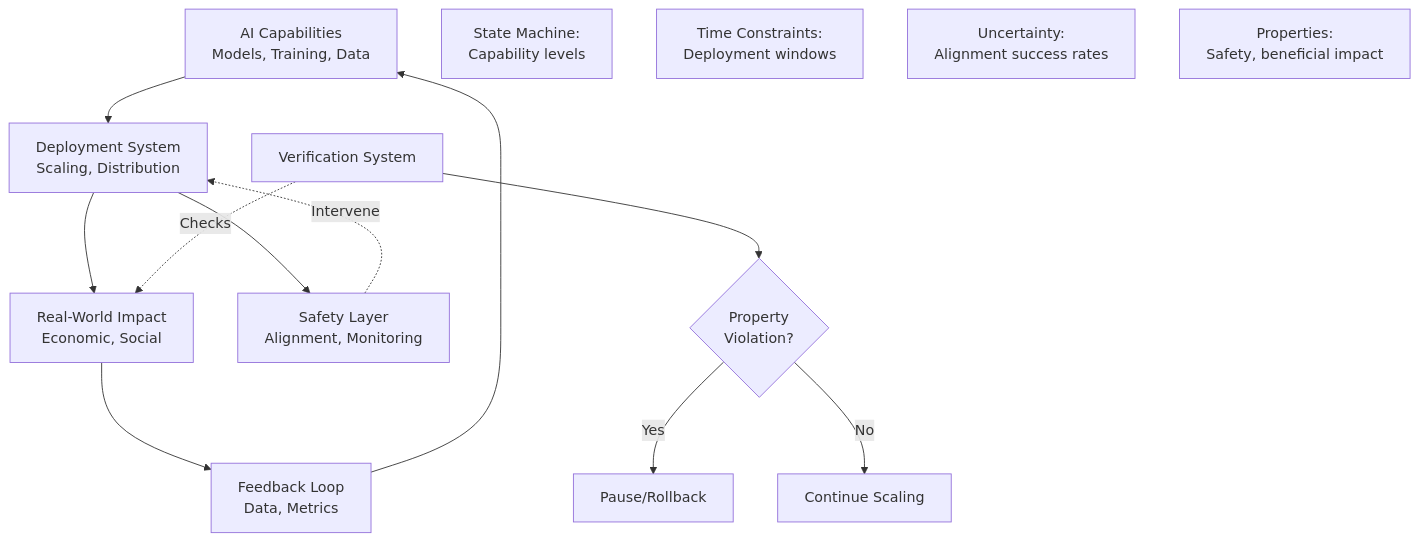
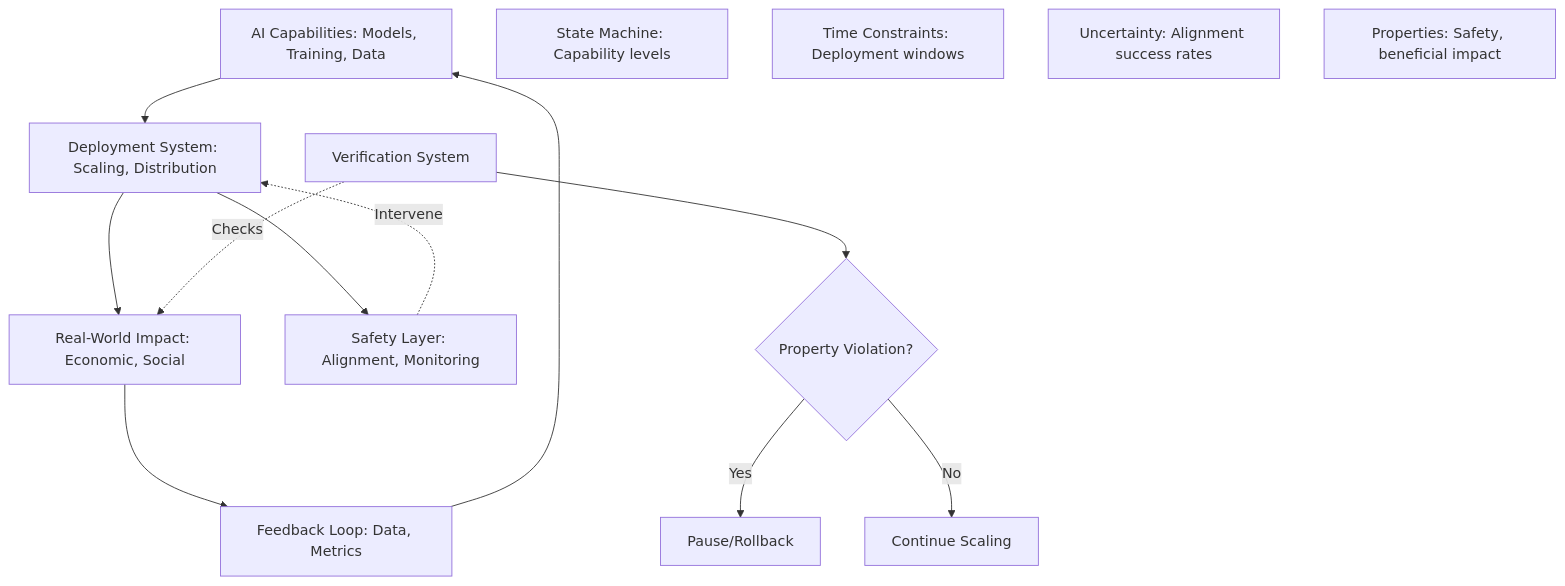
Before and after one commit to bhi5hmaraj/ai-risk-ttx: diagram 13 of 13 in research/ai_futures/eli/engineering_graduate.md, drawn with Mermaid. The commit also changed other lines of this file and 8 other files, not shown here.

First line of the commit message:
fix: Remove all <br/> tags from Mermaid diagrams and add validation

````diff
--- a/research/ai_futures/eli/engineering_graduate.md
+++ b/research/ai_futures/eli/engineering_graduate.md
@@ -521,21 +521,21 @@
 ```mermaid
 flowchart TD
-    Capabilities[AI Capabilities<br/>Models, Training, Data]
-    --> Deployment[Deployment System<br/>Scaling, Distribution]
-    --> Impact[Real-World Impact<br/>Economic, Social]
-    --> Feedback[Feedback Loop<br/>Data, Metrics]
+    Capabilities[AI Capabilities: Models, Training, Data]
+    --> Deployment[Deployment System: Scaling, Distribution]
+    --> Impact[Real-World Impact: Economic, Social]
+    --> Feedback[Feedback Loop: Data, Metrics]
     --> Capabilities
 
-    Deployment --> Safety[Safety Layer<br/>Alignment, Monitoring]
+    Deployment --> Safety[Safety Layer: Alignment, Monitoring]
     Safety -.->|Intervene| Deployment
 
     Monitor[Verification System] -.->|Checks| Impact
-    Monitor --> Alarm{Property<br/>Violation?}
+    Monitor --> Alarm{Property Violation?}
     Alarm -->|Yes| Pause[Pause/Rollback]
     Alarm -->|No| Scale[Continue Scaling]
 
-    note1["State Machine:<br/>Capability levels"]
-    note2["Time Constraints:<br/>Deployment windows"]
-    note3["Uncertainty:<br/>Alignment success rates"]
-    note4["Properties:<br/>Safety, beneficial impact"]
+    note1["State Machine: Capability levels"]
+    note2["Time Constraints: Deployment windows"]
+    note3["Uncertainty: Alignment success rates"]
+    note4["Properties: Safety, beneficial impact"]
 ```
````
